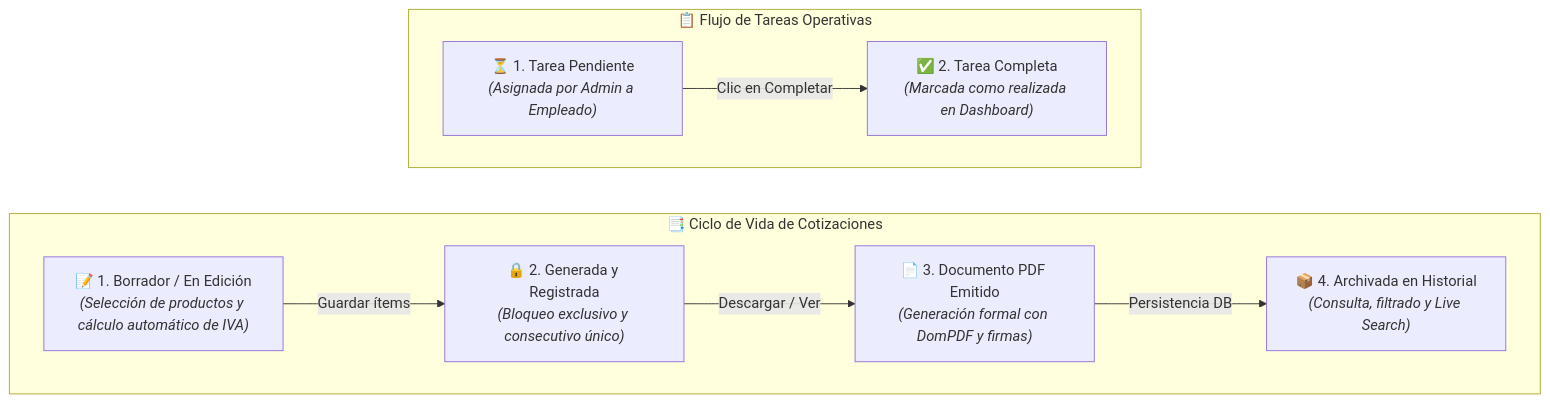
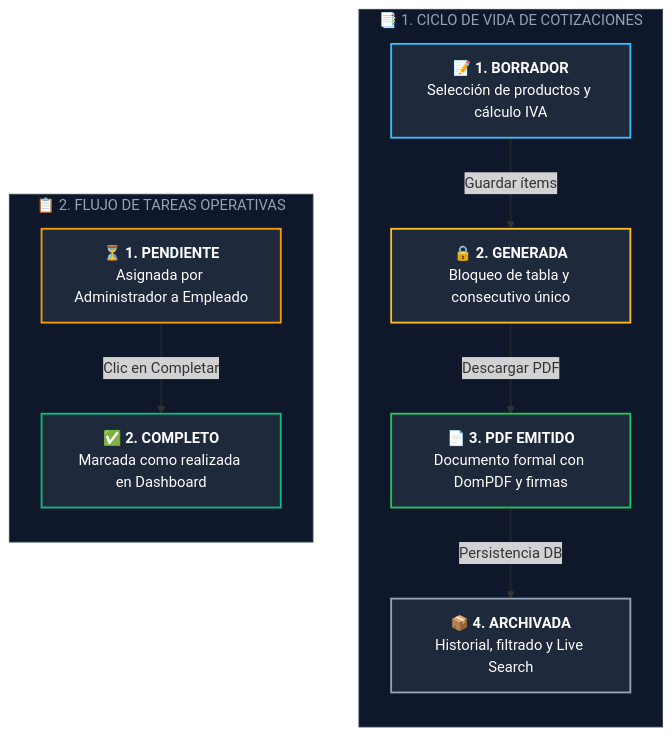
The first of 2 diagrams in docs/Especificacion_Requisitos.md (Santiago072/SistemaSodicol), drawn with Mermaid before and after one commit. The commit also changed other lines of this file, not shown here.

Commit message:
docs: ampliar y estilizar cajas del diagrama con ancho generoso para evitar recortes de texto

````diff
--- a/docs/Especificacion_Requisitos.md
+++ b/docs/Especificacion_Requisitos.md
@@ -14,22 +14,31 @@
 ```mermaid
-graph LR
-    subgraph COTIZACIONES["📑 Ciclo de Vida de Cotizaciones"]
-        direction LR
-        C1["📝 1. Borrador / En Edición<br/><i>(Selección de productos y cálculo automático de IVA)</i>"]
-        C2["🔒 2. Generada y Registrada<br/><i>(Bloqueo exclusivo y consecutivo único)</i>"]
-        C3["📄 3. Documento PDF Emitido<br/><i>(Generación formal con DomPDF y firmas)</i>"]
-        C4["📦 4. Archivada en Historial<br/><i>(Consulta, filtrado y Live Search)</i>"]
+graph TB
+    subgraph COT["📑 1. CICLO DE VIDA DE COTIZACIONES"]
+        direction TB
+        C1["📝 <b>1. BORRADOR</b><br>Selección de productos y cálculo IVA"]
+        C2["🔒 <b>2. GENERADA</b><br>Bloqueo de tabla y consecutivo único"]
+        C3["📄 <b>3. PDF EMITIDO</b><br>Documento formal con DomPDF y firmas"]
+        C4["📦 <b>4. ARCHIVADA</b><br>Historial, filtrado y Live Search"]
 
         C1 -->|"Guardar ítems"| C2
-        C2 -->|"Descargar / Ver"| C3
+        C2 -->|"Descargar PDF"| C3
         C3 -->|"Persistencia DB"| C4
     end
 
-    subgraph TAREAS["📋 Flujo de Tareas Operativas"]
-        direction LR
-        T1["⏳ 1. Tarea Pendiente<br/><i>(Asignada por Admin a Empleado)</i>"]
-        T2["✅ 2. Tarea Completa<br/><i>(Marcada como realizada en Dashboard)</i>"]
+    subgraph TAR["📋 2. FLUJO DE TAREAS OPERATIVAS"]
+        direction TB
+        T1["⏳ <b>1. PENDIENTE</b><br>Asignada por Administrador a Empleado"]
+        T2["✅ <b>2. COMPLETO</b><br>Marcada como realizada en Dashboard"]
 
         T1 -->|"Clic en Completar"| T2
     end
+
+    style C1 fill:#1e293b,stroke:#38bdf8,stroke-width:2px,color:#ffffff
+    style C2 fill:#1e293b,stroke:#fbbf24,stroke-width:2px,color:#ffffff
+    style C3 fill:#1e293b,stroke:#22c55e,stroke-width:2px,color:#ffffff
+    style C4 fill:#1e293b,stroke:#94a3b8,stroke-width:2px,color:#ffffff
+    style T1 fill:#1e293b,stroke:#f59e0b,stroke-width:2px,color:#ffffff
+    style T2 fill:#1e293b,stroke:#10b981,stroke-width:2px,color:#ffffff
+    style COT fill:#0f172a,stroke:#334155,stroke-width:1px,color:#94a3b8
+    style TAR fill:#0f172a,stroke:#334155,stroke-width:1px,color:#94a3b8
 ```
````
